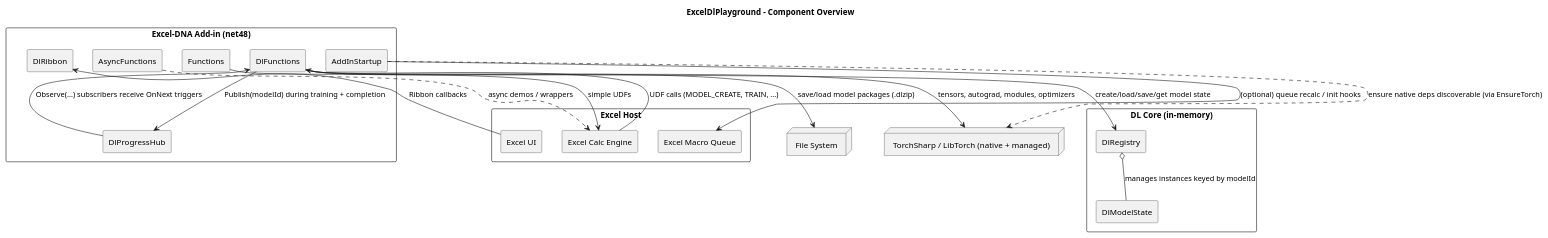
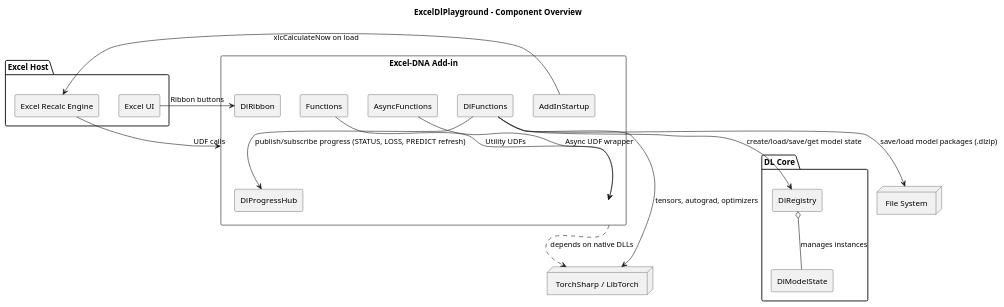
One commit to ngpepin/ExcelML changed the first of 2 diagrams in UML.md. Above: the diagram before and after it, drawn with PlantUML. The commit also changed other lines of this file and 1 other file, not shown here.

First line of the commit message:
Update docs: clarify caching, observables, and UML diagrams

````diff
--- a/UML.md
+++ b/UML.md
@@ -29,55 +7,42 @@
 ```plantuml
 @startuml
 title ExcelDlPlayground - Component Overview
 skinparam componentStyle rectangle
-skinparam packageStyle rectangle
 
 package "Excel Host" {
-  [Excel UI] as ExcelUI
-  [Excel Calc Engine] as ExcelCalc
-  [Excel Macro Queue] as ExcelMacro
+  [Excel UI]
+  [Excel Recalc Engine]
 }
 
-package "Excel-DNA Add-in (net48)" {
-  [AddInStartup] as Startup
-  [DlRibbon] as Ribbon
-  [Functions] as BasicUdfs
-  [AsyncFunctions] as AsyncUdfs
-  [DlFunctions] as DlUdfs
-  [DlProgressHub] as Hub
+component "Excel-DNA Add-in" as AddIn {
+  [AddInStartup]
+  [DlRibbon]
+  [Functions]
+  [AsyncFunctions]
+  [DlFunctions]
+  [DlProgressHub]
 }
 
-package "DL Core (in-memory)" {
-  [DlRegistry] as Registry
-  [DlModelState] as ModelState
+package "DL Core" {
+  [DlRegistry]
+  [DlModelState]
 }
 
-node "TorchSharp / LibTorch (native + managed)" as Torch
+node "TorchSharp / LibTorch" as TorchSharp
 node "File System" as FS
 
-' --- UI + call surfaces ---
-ExcelUI --> Ribbon : Ribbon callbacks
-ExcelCalc --> DlUdfs : UDF calls (MODEL_CREATE, TRAIN, ...)
+[Excel UI] --> [DlRibbon] : Ribbon buttons
+[Excel Recalc Engine] --> AddIn : UDF calls
 
-' --- Startup ---
-Startup --> ExcelMacro : (optional) queue recalc / init hooks
-Startup ..> Torch : ensure native deps discoverable (via EnsureTorch)
+[AddInStartup] --> [Excel Recalc Engine] : xlcCalculateNow on load
+[Functions] --> AddIn : Utility UDFs
+[AsyncFunctions] --> AddIn : Async UDF wrapper
+[DlFunctions] --> [DlRegistry] : create/load/save/get model state
+[DlFunctions] --> [DlProgressHub] : publish/subscribe progress (STATUS, LOSS, PREDICT refresh)
+[DlFunctions] --> TorchSharp : tensors, autograd, optimizers
+[DlFunctions] --> FS : save/load model packages (.dlzip)
+[DlRegistry] o-- [DlModelState] : manages instances
 
-' --- Basic + async helpers (non-DL) ---
-BasicUdfs --> ExcelCalc : simple UDFs
-AsyncUdfs ..> ExcelCalc : async demos / wrappers
-
-' --- DL surface ---
-DlUdfs --> Registry : create/load/save/get model state
-DlUdfs --> Torch : tensors, autograd, modules, optimizers
-DlUdfs --> FS : save/load model packages (.dlzip)
-
-' --- Push updates to Excel ---
-DlUdfs --> Hub : Publish(modelId) during training + completion
-Hub --> DlUdfs : Observe(...) subscribers receive OnNext triggers
-
-' --- Registry owns model instances ---
-Registry o-- ModelState : manages instances keyed by modelId
-
+AddIn ..> TorchSharp : depends on native DLLs
 @enduml
 ```
````
